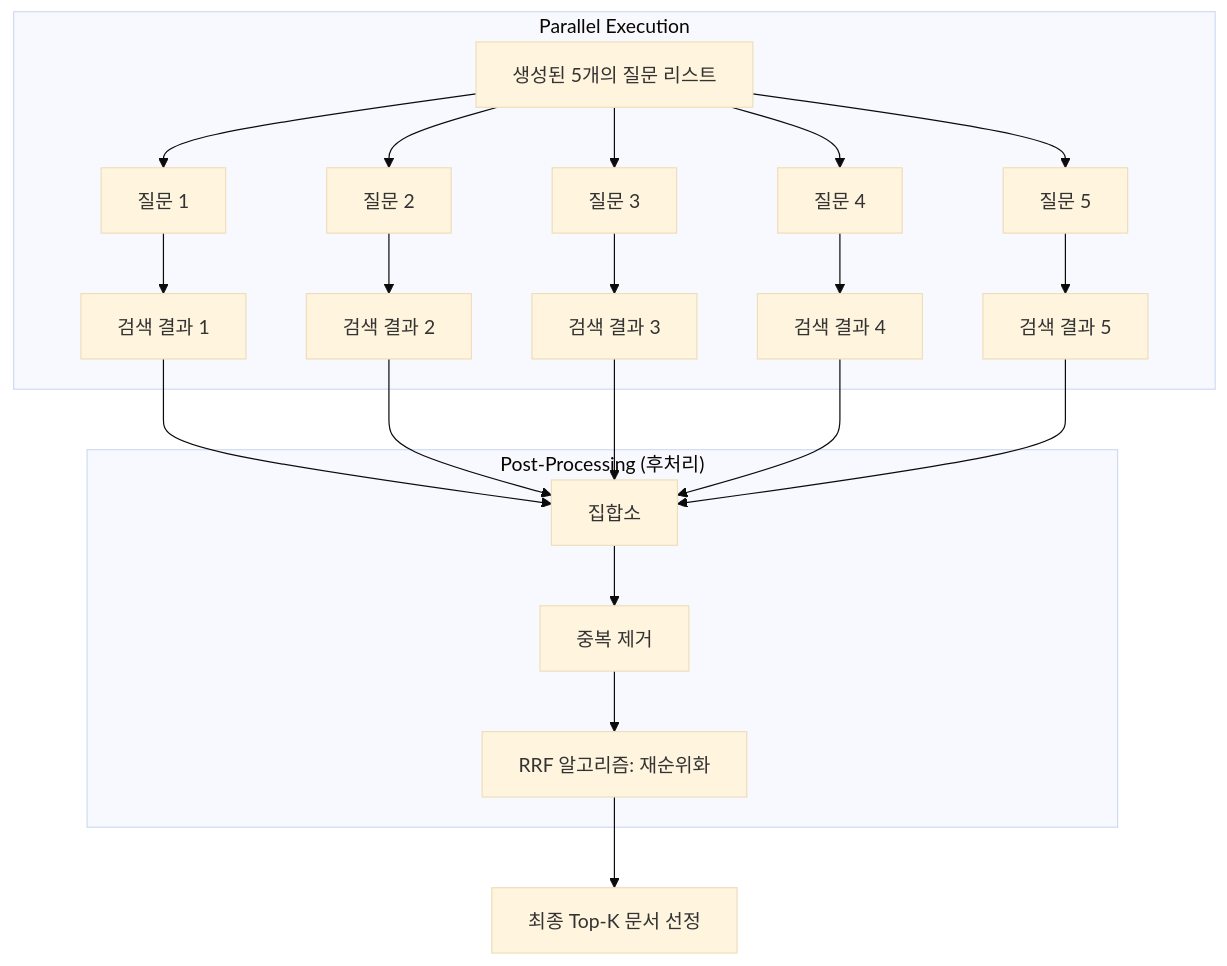
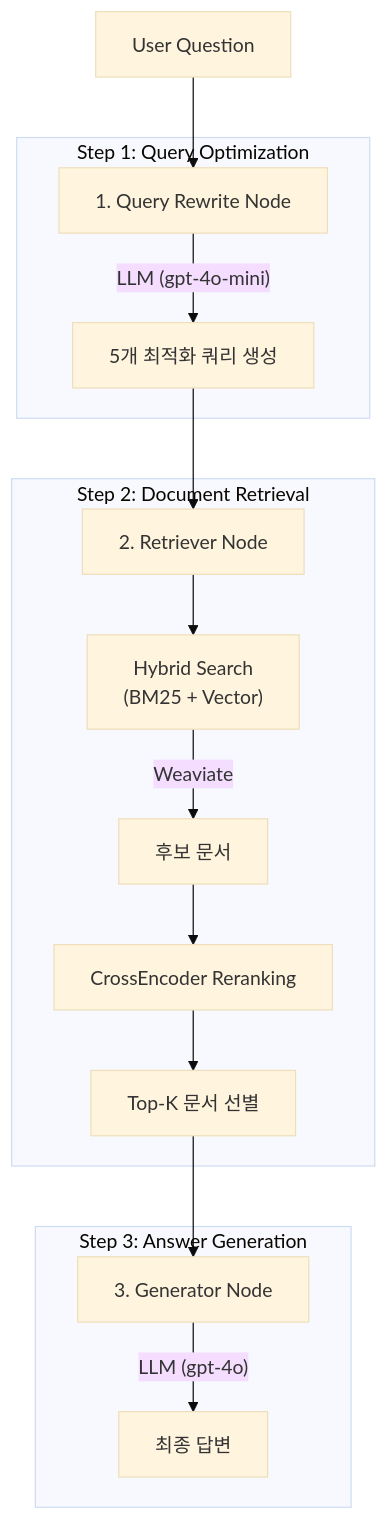
Before and after one commit to Hyeongseob91/sm-ai-rag-engine: the second of 3 diagrams in README.md, drawn with Mermaid (base theme). The commit also changed other lines of this file and 20 other files, not shown here.

Commit message:
dev_v2: RAG Architecture 파이썬 파일로 Refactoring

````diff
--- a/README.md
+++ b/README.md
@@ -17,32 +59,23 @@
 ```mermaid
 graph TD
-    Input["생성된 5개의 질문 리스트"]
+    Input["User Question"] --> QR["1. Query Rewrite Node"]
 
-    subgraph "Parallel Execution"
-        Input --> Q1["질문 1"]
-        Input --> Q2["질문 2"]
-        Input --> Q3["질문 3"]
-        Input --> Q4["질문 4"]
-        Input --> Q5["질문 5"]
+    subgraph "Step 1: Query Optimization"
+        QR --> |"LLM (gpt-4o-mini)"| Queries["5개 최적화 쿼리 생성"]
+    end
 
-        Q1 --> S1["검색 결과 1"]
-        Q2 --> S2["검색 결과 2"]
-        Q3 --> S3["검색 결과 3"]
-        Q4 --> S4["검색 결과 4"]
-        Q5 --> S5["검색 결과 5"]
+    Queries --> RT["2. Retriever Node"]
+
+    subgraph "Step 2: Document Retrieval"
+        RT --> HS["Hybrid Search<br/>(BM25 + Vector)"]
+        HS --> |"Weaviate"| Docs["후보 문서"]
+        Docs --> RR["CrossEncoder Reranking"]
+        RR --> TopK["Top-K 문서 선별"]
     end
-    
-    S1 --> Aggregator["집합소"]
-    S2 --> Aggregator
-    S3 --> Aggregator
-    S4 --> Aggregator
-    S5 --> Aggregator
-    
-    subgraph "Post-Processing (후처리)"
-        Aggregator --> Dedupe["중복 제거"]
-        Dedupe --> RRF["RRF 알고리즘: 재순위화"]
+
+    TopK --> GN["3. Generator Node"]
+
+    subgraph "Step 3: Answer Generation"
+        GN --> |"LLM (gpt-4o)"| Answer["최종 답변"]
     end
-    
-    RRF --> FinalDocs["최종 Top-K 문서 선정"]
-
 ```
````
